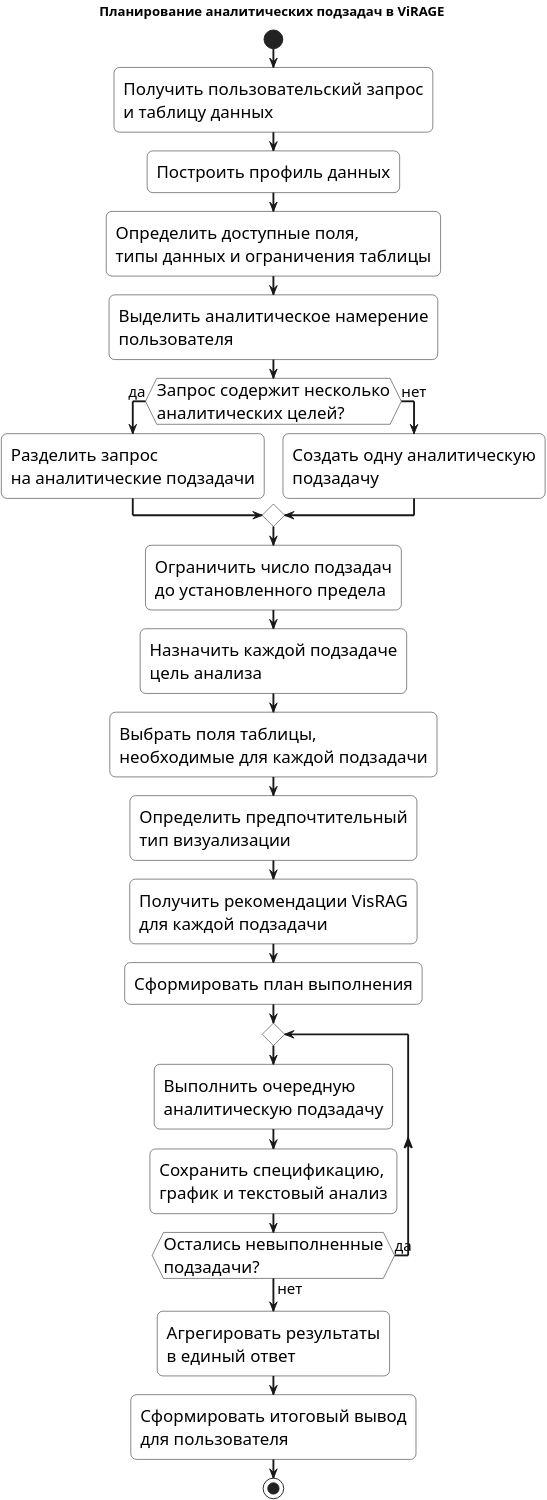
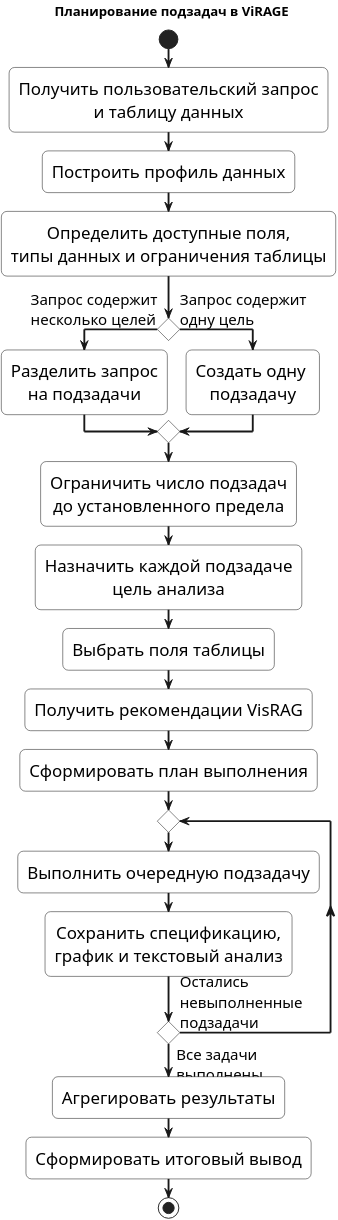
The diagram in research/architecture/tex/planning.puml (shnikita-cr/ViRAGE), drawn with PlantUML before and after one commit. The commit also changed 5 other files, not shown here.

Commit message:
update uml

```diff
--- a/research/architecture/tex/planning.puml
+++ b/research/architecture/tex/planning.puml
@@ -1,49 +1,59 @@
 @startuml
-title Планирование аналитических подзадач в ViRAGE
+title Планирование подзадач в ViRAGE
 
 skinparam shadowing false
 skinparam monochrome true
 skinparam roundcorner 12
 skinparam defaultFontName "Times New Roman"
 skinparam defaultFontSize 18
 skinparam ArrowFontSize 16
 skinparam ArrowThickness 2
 skinparam linetype ortho
 skinparam dpi 600
 
 skinparam activity {
-  BorderColor black
-  BackgroundColor white
+BorderColor black
+BackgroundColor white
 }
+
+<style>
+activityDiagram {
+activity {
+HorizontalAlignment center
+}
+
+diamond {
+HorizontalAlignment center
+}
+}
+</style>
 
 start
 
 :Получить пользовательский запрос\nи таблицу данных;
 :Построить профиль данных;
 :Определить доступные поля,\nтипы данных и ограничения таблицы;
-:Выделить аналитическое намерение\nпользователя;
 
-if (Запрос содержит несколько\nаналитических целей?) then (да)
-  :Разделить запрос\nна аналитические подзадачи;
-else (нет)
-  :Создать одну аналитическую\nподзадачу;
+if () then (Запрос содержит\nнесколько целей)
+:Разделить запрос\nна подзадачи;
+else (Запрос содержит\nодну цель)
+:Создать одну \nподзадачу;
 endif
 
 :Ограничить число подзадач\nдо установленного предела;
 :Назначить каждой подзадаче\nцель анализа;
-:Выбрать поля таблицы,\nнеобходимые для каждой подзадачи;
-:Определить предпочтительный\nтип визуализации;
-:Получить рекомендации VisRAG\nдля каждой подзадачи;
+:Выбрать поля таблицы;
+:Получить рекомендации VisRAG;
 :Сформировать план выполнения;
 
 repeat
-  :Выполнить очередную\nаналитическую подзадачу;
-  :Сохранить спецификацию,\nграфик и текстовый анализ;
-repeat while (Остались невыполненные\nподзадачи?) is (да) not (нет)
+:Выполнить очередную подзадачу;
+:Сохранить спецификацию,\nграфик и текстовый анализ;
+repeat while () is (Остались\nневыполненные\nподзадачи) not ( Все задачи\n выполнены)
 
-:Агрегировать результаты\nв единый ответ;
-:Сформировать итоговый вывод\nдля пользователя;
+:Агрегировать результаты;
+:Сформировать итоговый вывод;
 
 stop
 
 @enduml
```
